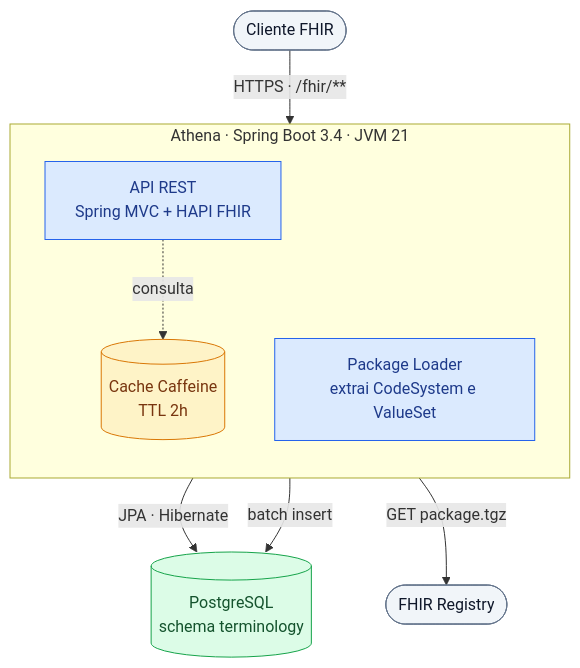
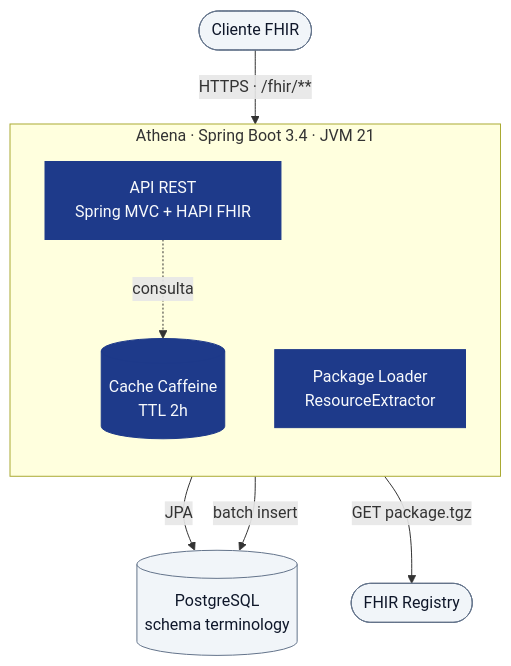
The second of 2 diagrams in docs/proposta.md (ti-sesgo/athena), drawn with Mermaid before and after one commit. The commit also changed other lines of this file, not shown here.

Commit message:
docs: ajusta diagrama de container para usar o mesmo padrão visual do contexto

````diff
--- a/docs/proposta.md
+++ b/docs/proposta.md
@@ -26,29 +27,24 @@
 ```mermaid
 flowchart TB
     cliente(["Cliente FHIR"])
     registry(["FHIR Registry"])
+    db[("PostgreSQL<br/>schema terminology")]
 
     subgraph athena ["Athena · Spring Boot 3.4 · JVM 21"]
         direction TB
         api["API REST<br/>Spring MVC + HAPI FHIR"]
-        loader["Package Loader<br/>extrai CodeSystem e ValueSet"]
+        loader["Package Loader<br/>ResourceExtractor"]
         cache[("Cache Caffeine<br/>TTL 2h")]
-        api -. consulta .-> cache
     end
 
-    db[("PostgreSQL<br/>schema terminology")]
-
     cliente -->|"HTTPS · /fhir/**"| api
-    api -->|"JPA · Hibernate"| db
+    api -. consulta .-> cache
+    api -->|"JPA"| db
+    loader -->|"batch insert"| db
     loader -->|"GET package.tgz"| registry
-    loader -->|"batch insert"| db
 
     classDef external fill:#f1f5f9,stroke:#64748b,color:#0f172a
-    classDef component fill:#dbeafe,stroke:#2563eb,color:#1e3a8a
-    classDef store fill:#dcfce7,stroke:#16a34a,color:#14532d
-    classDef cacheStore fill:#fef3c7,stroke:#d97706,color:#78350f
-    class cliente,registry external
-    class api,loader component
-    class db store
-    class cache cacheStore
+    classDef system fill:#1e3a8a,stroke:#1e3a8a,color:#f8fafc
+    class cliente,registry,db external
+    class api,loader,cache system
 ```
````
